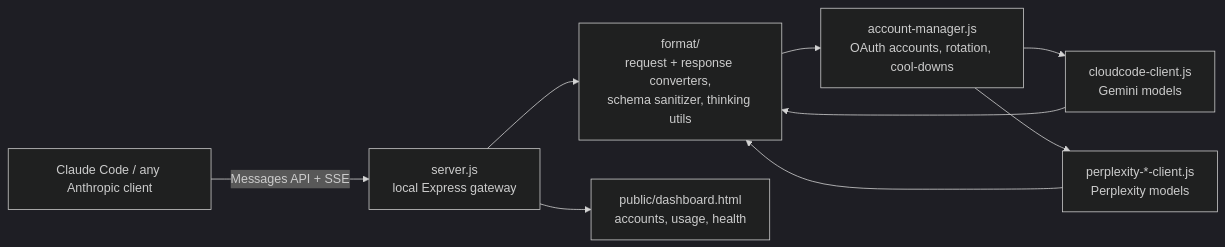
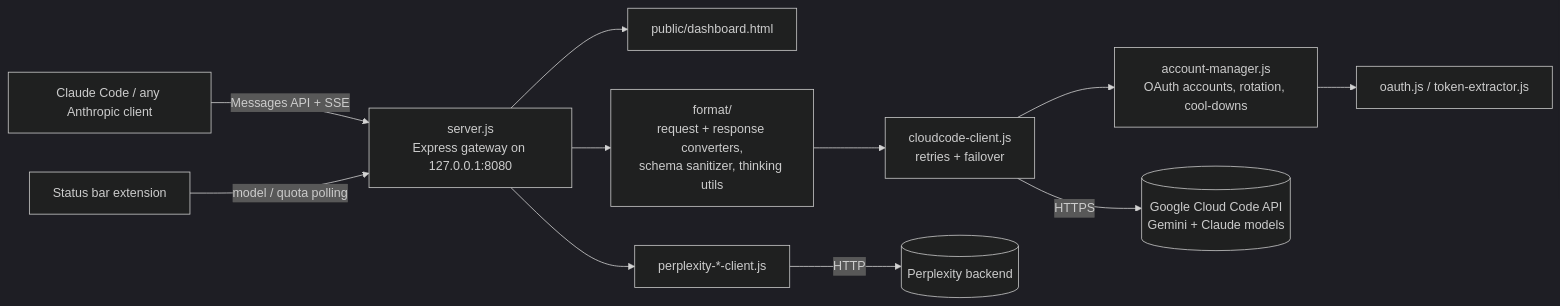
One commit to muhib-karim/Antigravity-Claude-Code-Proxy changed the diagram in README.md. Above: the diagram before and after it, drawn with Mermaid (dark theme). The commit also changed other lines of this file and 7 other files, not shown here.

````diff
--- a/README.md
+++ b/README.md
@@ -452,11 +164,13 @@
 ```mermaid
 flowchart LR
-  CC[Claude Code / any Anthropic client] -->|Messages API + SSE| SRV[server.js<br/>local Express gateway]
-  SRV --> FMT[format/<br/>request + response converters,<br/>schema sanitizer, thinking utils]
-  FMT --> AM[account-manager.js<br/>OAuth accounts, rotation, cool-downs]
-  AM --> G[cloudcode-client.js<br/>Gemini models]
-  AM --> P[perplexity-*-client.js<br/>Perplexity models]
-  G --> FMT
-  P --> FMT
-  SRV --> DASH[public/dashboard.html<br/>accounts, usage, health]
+  CC["Claude Code / any Anthropic client"] -->|"Messages API + SSE"| SRV["server.js<br/>Express gateway on 127.0.0.1:8080"]
+  EXT["Status bar extension"] -->|"model / quota polling"| SRV
+  SRV --> DASH["public/dashboard.html"]
+  SRV --> FMT["format/<br/>request + response converters,<br/>schema sanitizer, thinking utils"]
+  FMT --> CCC["cloudcode-client.js<br/>retries + failover"]
+  CCC --> AM["account-manager.js<br/>OAuth accounts, rotation, cool-downs"]
+  AM --> OAUTH["oauth.js / token-extractor.js"]
+  CCC -->|HTTPS| GCC[("Google Cloud Code API<br/>Gemini + Claude models")]
+  SRV --> PPLX["perplexity-*-client.js"]
+  PPLX -->|HTTP| PSRV[("Perplexity backend")]
 ```
````
